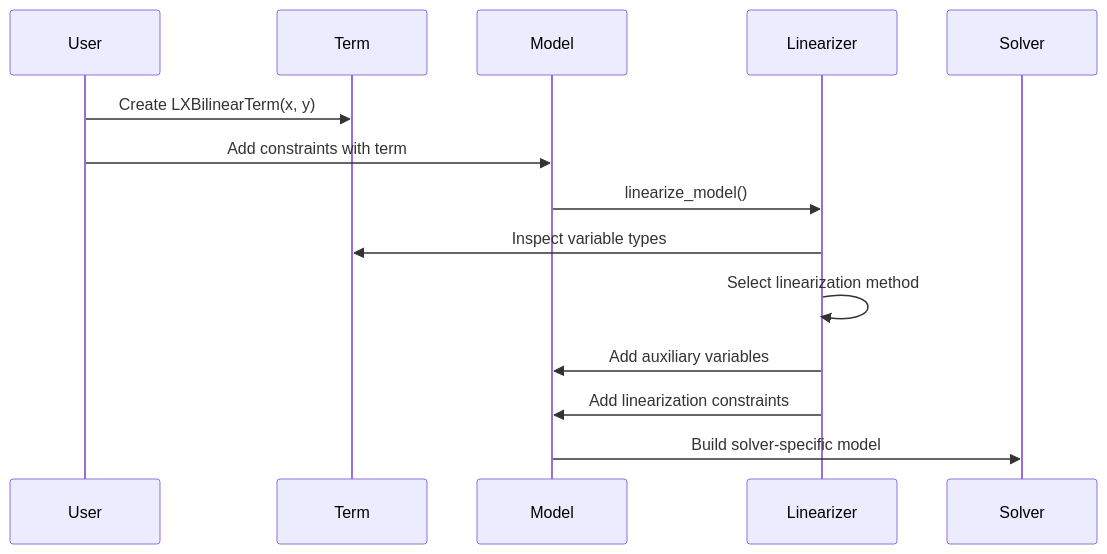
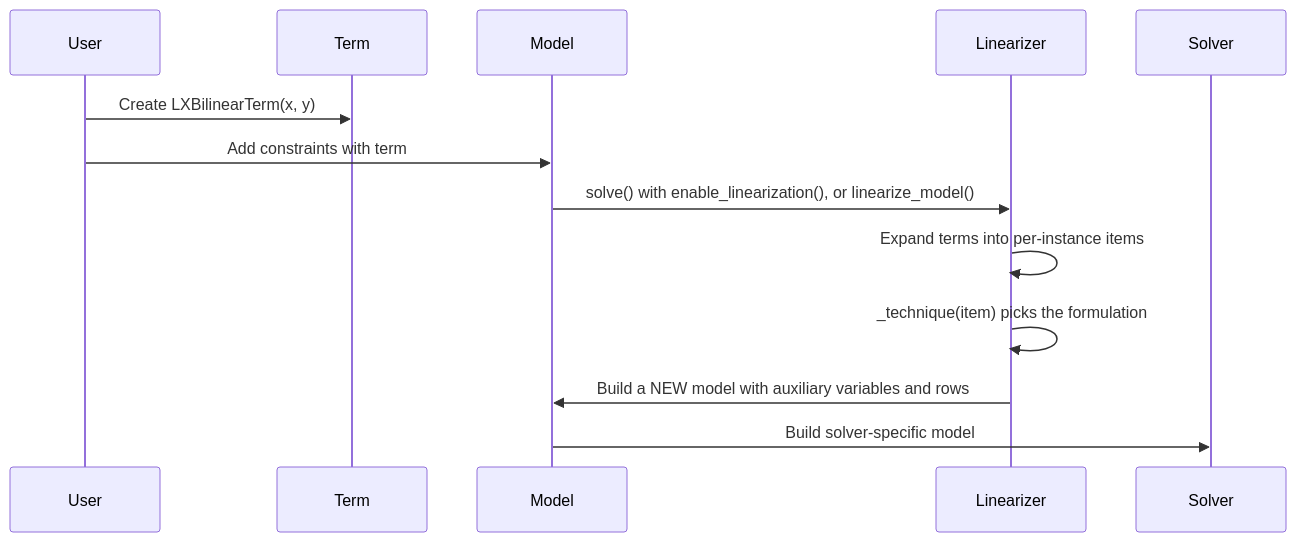
One commit to tdelphi1981/LumiX changed the second of 3 diagrams in docs/source/development/nonlinear-architecture.rst. Above: the diagram before and after it, drawn with Mermaid. The commit also changed other lines of this file and 7 other files, not shown here.

Commit message:
docs(linearization): developer docs follow the engine (canonical items, _TAG, pure techniques); add_indicator sense/rhs; linearization logging; solver docs use canonical_bounds

```diff
--- a/docs/source/development/nonlinear-architecture.rst
+++ b/docs/source/development/nonlinear-architecture.rst
@@ -137,17 +157,16 @@
 .. mermaid::
 
    sequenceDiagram
        participant User
        participant Term
        participant Model
        participant Linearizer
        participant Solver
 
        User->>Term: Create LXBilinearTerm(x, y)
        User->>Model: Add constraints with term
-       Model->>Linearizer: linearize_model()
-       Linearizer->>Term: Inspect variable types
-       Linearizer->>Linearizer: Select linearization method
-       Linearizer->>Model: Add auxiliary variables
-       Linearizer->>Model: Add linearization constraints
+       Model->>Linearizer: solve() with enable_linearization(), or linearize_model()
+       Linearizer->>Linearizer: Expand terms into per-instance items
+       Linearizer->>Linearizer: _technique(item) picks the formulation
+       Linearizer->>Model: Build a NEW model with auxiliary variables and rows
        Model->>Solver: Build solver-specific model
```
